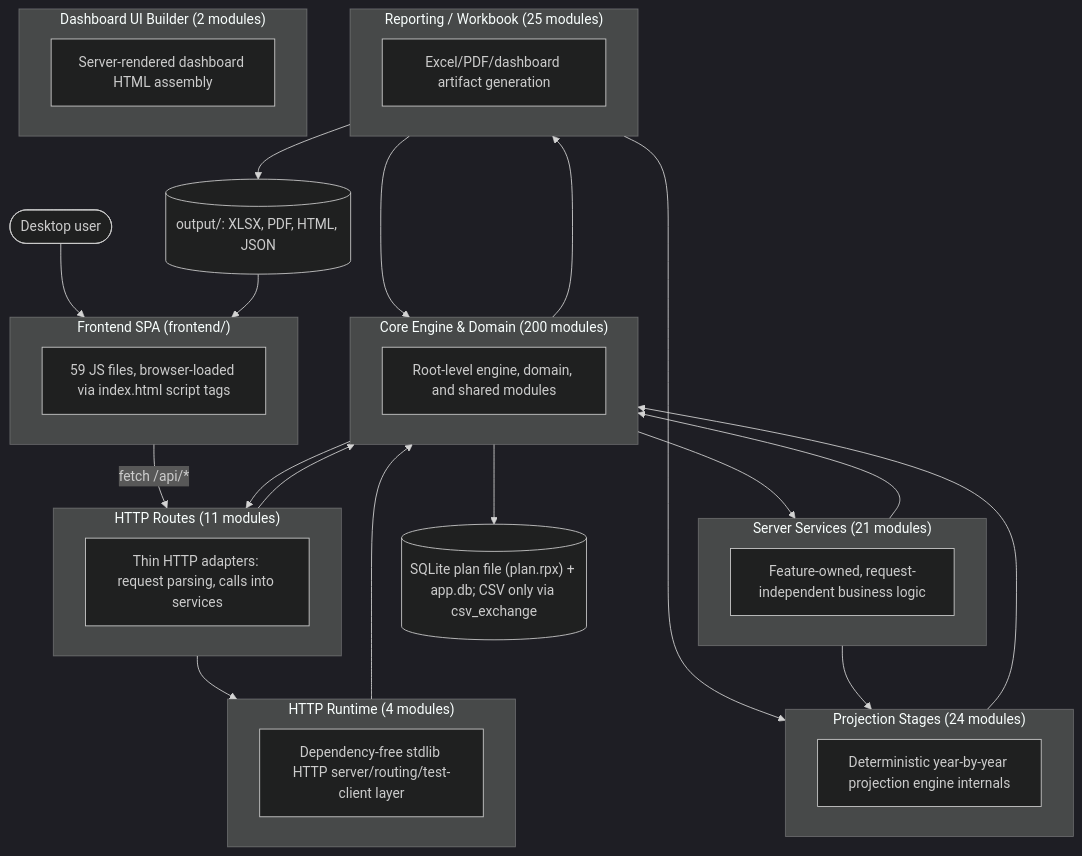
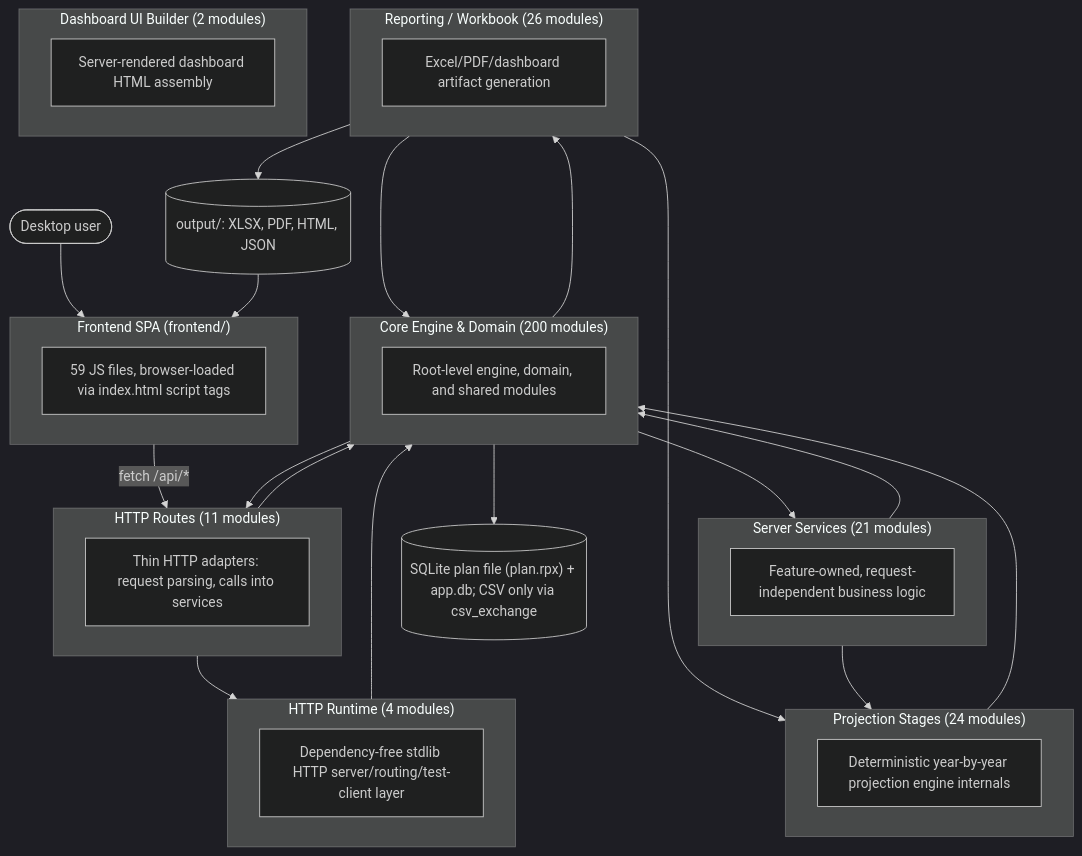
The first of 2 diagrams in documentation/reference/SYSTEM_ARCHITECTURE_DIAGRAM.md (matthartzman/retirement_system), drawn with Mermaid (dark theme) before and after one commit. The commit also changed other lines of this file and 5 other files, not shown here.

````diff
--- a/documentation/reference/SYSTEM_ARCHITECTURE_DIAGRAM.md
+++ b/documentation/reference/SYSTEM_ARCHITECTURE_DIAGRAM.md
@@ -11,43 +11,43 @@
 ```mermaid
 flowchart TB
     User(["Desktop user"]) --> FE
     subgraph FE["Frontend SPA (frontend/)"]
         FEcount["59 JS files, browser-loaded via index.html script tags"]
     end
     FE -->|fetch /api/*| L_HTTP_Routes
     subgraph L_HTTP_Routes["HTTP Routes (11 modules)"]
         L_HTTP_Routes_d["Thin HTTP adapters: request parsing, calls into services"]
     end
     subgraph L_Server_Services["Server Services (21 modules)"]
         L_Server_Services_d["Feature-owned, request-independent business logic"]
     end
     subgraph L_HTTP_Runtime["HTTP Runtime (4 modules)"]
         L_HTTP_Runtime_d["Dependency-free stdlib HTTP server/routing/test-client layer"]
     end
     subgraph L_Core_Engine___Domain["Core Engine & Domain (200 modules)"]
         L_Core_Engine___Domain_d["Root-level engine, domain, and shared modules"]
     end
     subgraph L_Projection_Stages["Projection Stages (24 modules)"]
         L_Projection_Stages_d["Deterministic year-by-year projection engine internals"]
     end
-    subgraph L_Reporting___Workbook["Reporting / Workbook (25 modules)"]
+    subgraph L_Reporting___Workbook["Reporting / Workbook (26 modules)"]
         L_Reporting___Workbook_d["Excel/PDF/dashboard artifact generation"]
     end
     subgraph L_Dashboard_UI_Builder["Dashboard UI Builder (2 modules)"]
         L_Dashboard_UI_Builder_d["Server-rendered dashboard HTML assembly"]
     end
     L_Core_Engine___Domain --> L_HTTP_Routes
     L_Core_Engine___Domain --> L_Reporting___Workbook
     L_Core_Engine___Domain --> L_Server_Services
     L_HTTP_Routes --> L_Core_Engine___Domain
     L_HTTP_Routes --> L_HTTP_Runtime
     L_HTTP_Runtime --> L_Core_Engine___Domain
     L_Projection_Stages --> L_Core_Engine___Domain
     L_Reporting___Workbook --> L_Core_Engine___Domain
     L_Reporting___Workbook --> L_Projection_Stages
     L_Server_Services --> L_Core_Engine___Domain
     L_Server_Services --> L_Projection_Stages
     L_Core_Engine___Domain --> DB[("SQLite plan file (plan.rpx) + app.db; CSV only via csv_exchange")]
     L_Reporting___Workbook --> Outputs[("output/: XLSX, PDF, HTML, JSON")]
     Outputs --> FE
 ```
````
